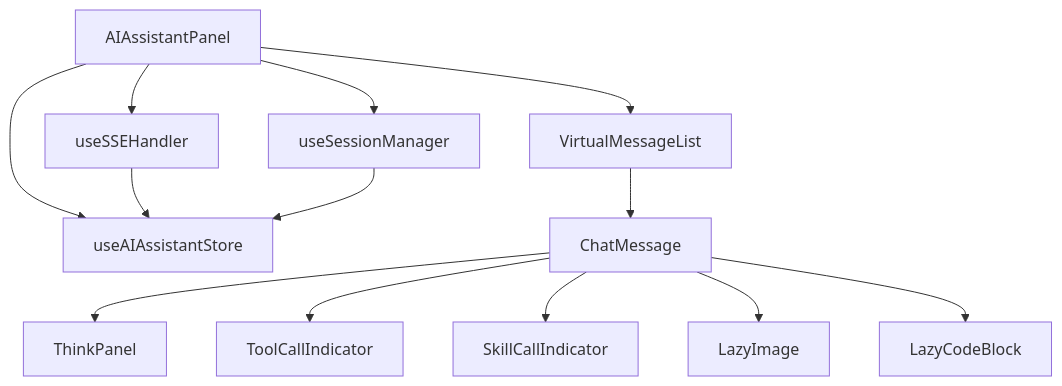
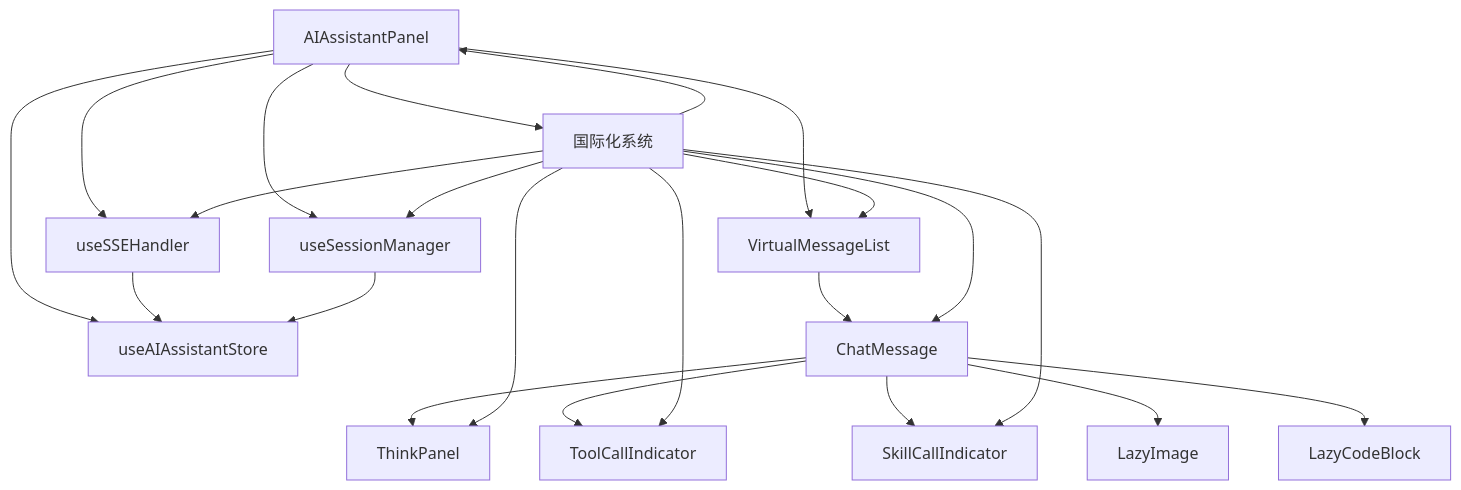
Diagram 13 of 13 in .qoder/repowiki/zh/content/系统架构/前端架构/组件架构/AI助手组件.md (KunLabAI/KunFlix), drawn with Mermaid before and after one commit. The commit also changed other lines of this file and 78 other files, not shown here.

````diff
--- a/.qoder/repowiki/zh/content/系统架构/前端架构/组件架构/AI助手组件.md
+++ b/.qoder/repowiki/zh/content/系统架构/前端架构/组件架构/AI助手组件.md
@@ -441,15 +583,24 @@
 ```mermaid
 graph TB
 Panel["AIAssistantPanel"] --> SSE["useSSEHandler"]
 Panel --> SM["useSessionManager"]
 Panel --> Store["useAIAssistantStore"]
 Panel --> VM["VirtualMessageList"]
+Panel --> I18n["国际化系统"]
 VM --> CM["ChatMessage"]
 CM --> TP["ThinkPanel"]
 CM --> TCI["ToolCallIndicator"]
 CM --> SCI["SkillCallIndicator"]
 CM --> LI["LazyImage"]
 CM --> LCB["LazyCodeBlock"]
 SSE --> Store
 SM --> Store
+I18n --> Panel
+I18n --> CM
+I18n --> TP
+I18n --> TCI
+I18n --> SCI
+I18n --> VM
+I18n --> SSE
+I18n --> SM
 ```
````
